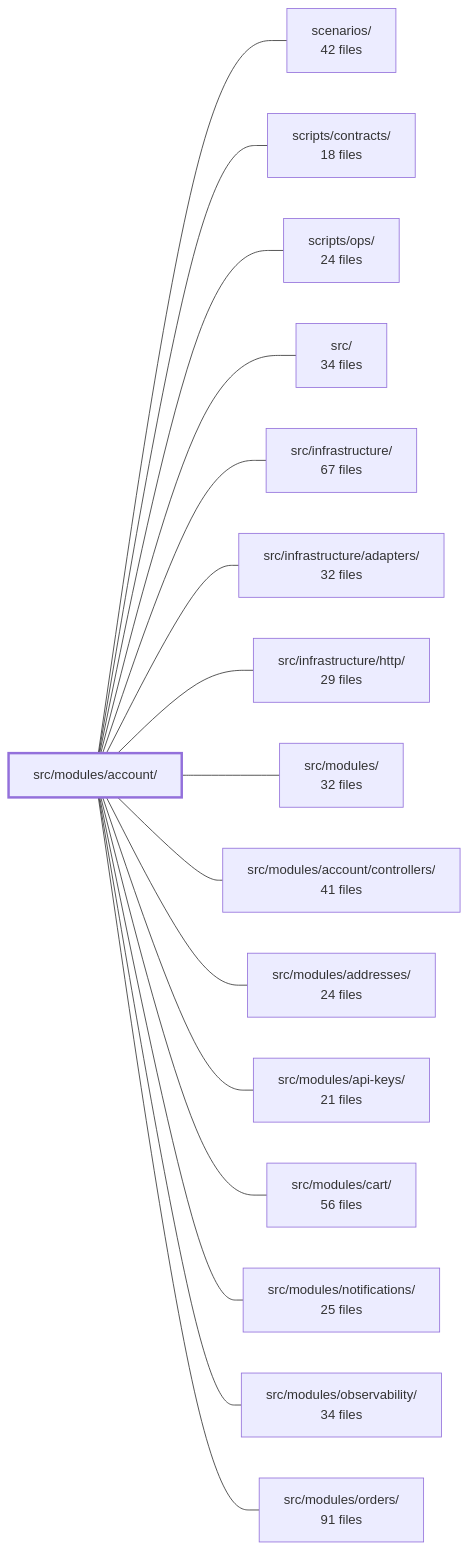
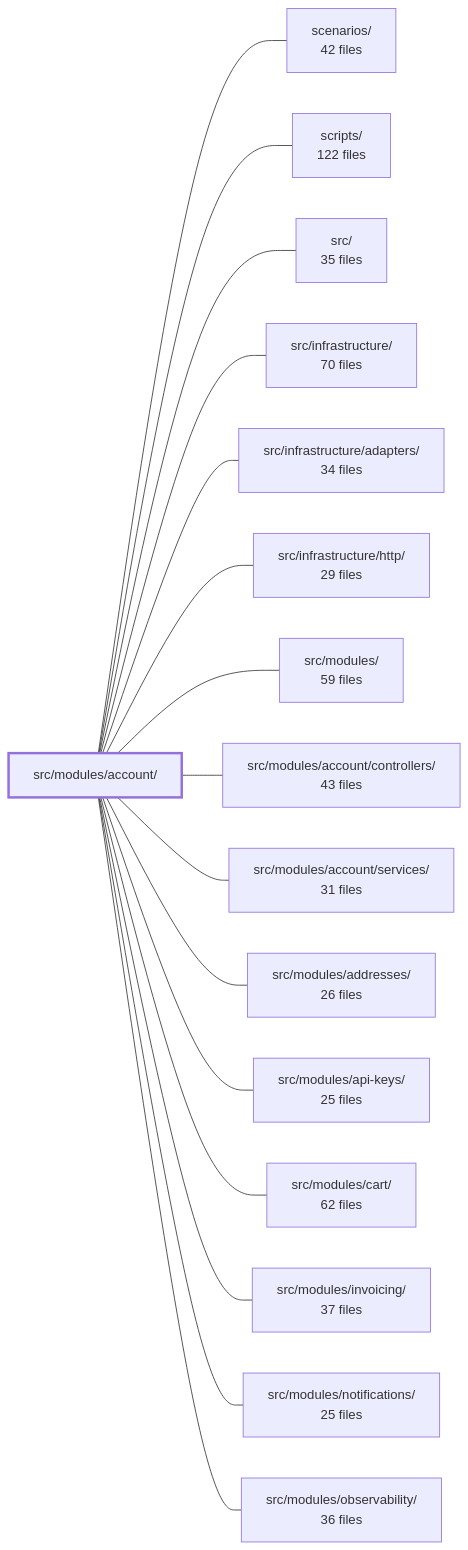
One commit to Guebbit/boilerplate-node-backend changed the diagram in .2brain/modules/boilerplate-node-backend_src_modules_account.md. Above: the diagram before and after it, drawn with Mermaid. The commit also changed other lines of this file and 6 other files, not shown here.

````diff
--- a/.2brain/modules/boilerplate-node-backend_src_modules_account.md
+++ b/.2brain/modules/boilerplate-node-backend_src_modules_account.md
@@ -45,35 +43,35 @@
 ```mermaid
 flowchart LR
     m_src_modules_account["src/modules/account/"]
     m_scenarios["scenarios/<br/>42 files"]
-    m_scripts_contracts["scripts/contracts/<br/>18 files"]
-    m_scripts_ops["scripts/ops/<br/>24 files"]
-    m_src["src/<br/>34 files"]
-    m_src_infrastructure["src/infrastructure/<br/>67 files"]
-    m_src_infrastructure_adapters["src/infrastructure/adapters/<br/>32 files"]
+    m_scripts["scripts/<br/>122 files"]
+    m_src["src/<br/>35 files"]
+    m_src_infrastructure["src/infrastructure/<br/>70 files"]
+    m_src_infrastructure_adapters["src/infrastructure/adapters/<br/>34 files"]
     m_src_infrastructure_http["src/infrastructure/http/<br/>29 files"]
-    m_src_modules["src/modules/<br/>32 files"]
-    m_src_modules_account_controllers["src/modules/account/controllers/<br/>41 files"]
-    m_src_modules_addresses["src/modules/addresses/<br/>24 files"]
-    m_src_modules_api_keys["src/modules/api-keys/<br/>21 files"]
-    m_src_modules_cart["src/modules/cart/<br/>56 files"]
+    m_src_modules["src/modules/<br/>59 files"]
+    m_src_modules_account_controllers["src/modules/account/controllers/<br/>43 files"]
+    m_src_modules_account_services["src/modules/account/services/<br/>31 files"]
+    m_src_modules_addresses["src/modules/addresses/<br/>26 files"]
+    m_src_modules_api_keys["src/modules/api-keys/<br/>25 files"]
+    m_src_modules_cart["src/modules/cart/<br/>62 files"]
+    m_src_modules_invoicing["src/modules/invoicing/<br/>37 files"]
     m_src_modules_notifications["src/modules/notifications/<br/>25 files"]
-    m_src_modules_observability["src/modules/observability/<br/>34 files"]
-    m_src_modules_orders["src/modules/orders/<br/>91 files"]
+    m_src_modules_observability["src/modules/observability/<br/>36 files"]
     m_src_modules_account --- m_scenarios
-    m_src_modules_account --- m_scripts_contracts
-    m_src_modules_account --- m_scripts_ops
+    m_src_modules_account --- m_scripts
     m_src_modules_account --- m_src
     m_src_modules_account --- m_src_infrastructure
     m_src_modules_account --- m_src_infrastructure_adapters
     m_src_modules_account --- m_src_infrastructure_http
     m_src_modules_account --- m_src_modules
     m_src_modules_account --- m_src_modules_account_controllers
+    m_src_modules_account --- m_src_modules_account_services
     m_src_modules_account --- m_src_modules_addresses
     m_src_modules_account --- m_src_modules_api_keys
     m_src_modules_account --- m_src_modules_cart
+    m_src_modules_account --- m_src_modules_invoicing
     m_src_modules_account --- m_src_modules_notifications
     m_src_modules_account --- m_src_modules_observability
-    m_src_modules_account --- m_src_modules_orders
     style m_src_modules_account stroke-width:3px
 ```
````
